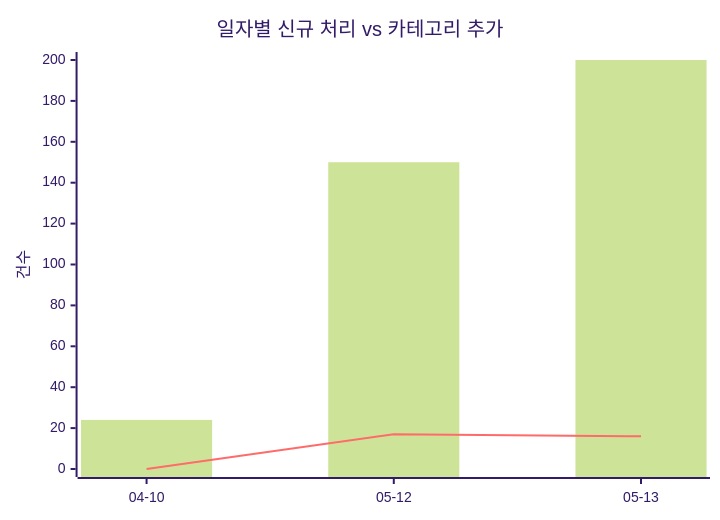
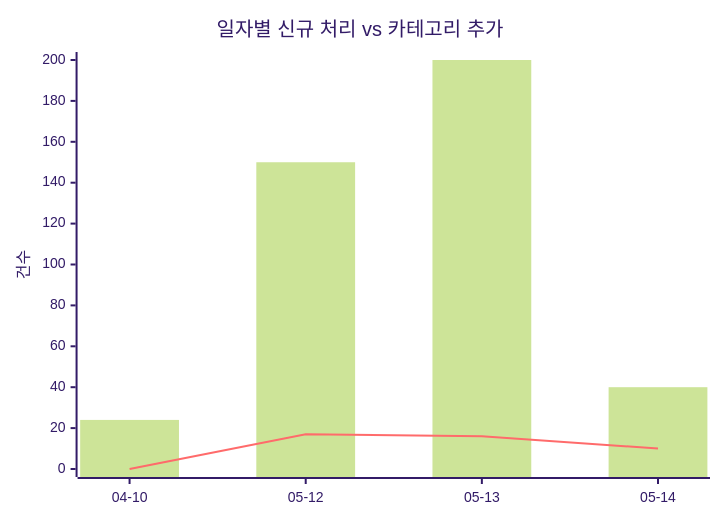
Before and after one commit to J-nowcow/awesome-korean-agent-skills: the first of 2 diagrams in docs/trends.md, drawn with Mermaid (forest theme). The commit also changed other lines of this file and 10 other files, not shown here.

````diff
--- a/docs/trends.md
+++ b/docs/trends.md
@@ -32,8 +32,8 @@
 ```mermaid
 xychart-beta
     title "일자별 신규 처리 vs 카테고리 추가"
-    x-axis ["04-10","05-12","05-13"]
+    x-axis ["04-10","05-12","05-13","05-14"]
     y-axis "건수"
-    bar [24,150,200]
-    line [0,17,16]
+    bar [24,150,200,40]
+    line [0,17,16,10]
 ```
````
